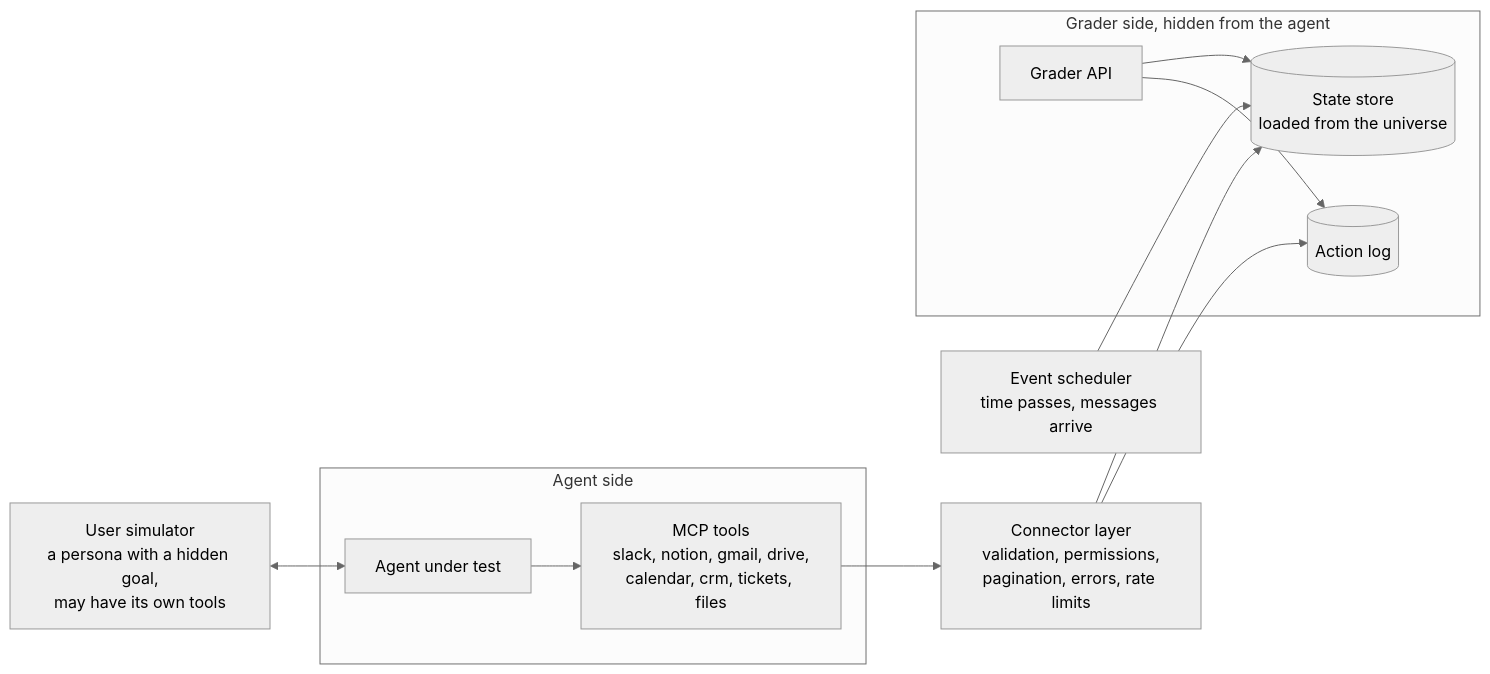
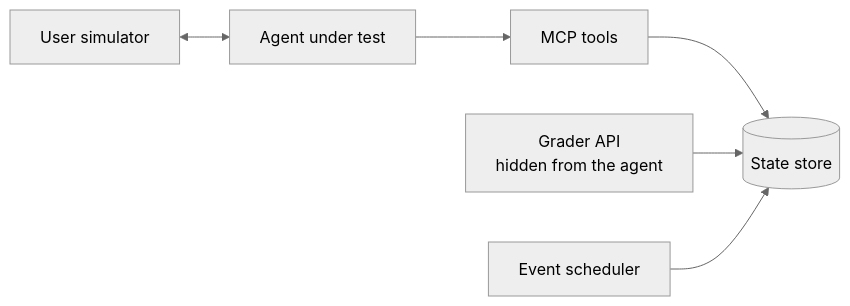
Before and after one commit to nbdesai1992/orbifex: the sixth of 10 diagrams in README.md, drawn with Mermaid (neutral theme). The commit also changed other lines of this file and 6 other files, not shown here.

````diff
--- a/README.md
+++ b/README.md
@@ -299,15 +289,8 @@
 ```mermaid
 flowchart LR
-  subgraph AS["Agent side"]
-    AG["Agent under test"] --> MCP["MCP tools<br/>slack, notion, gmail, drive,<br/>calendar, crm, tickets, files"]
-  end
-  MCP --> API["Connector layer<br/>validation, permissions,<br/>pagination, errors, rate limits"]
-  API --> DB[("State store<br/>loaded from the universe")]
-  subgraph GS["Grader side, hidden from the agent"]
-    GR["Grader API"] --> DB
-    GR --> LOG[("Action log")]
-  end
-  API --> LOG
-  USR["User simulator<br/>a persona with a hidden goal,<br/>may have its own tools"] <--> AG
-  EVT["Event scheduler<br/>time passes, messages arrive"] --> DB
+  AG["Agent under test"] --> T["MCP tools"]
+  T --> ST[("State store")]
+  GR["Grader API<br/>hidden from the agent"] --> ST
+  US["User simulator"] <--> AG
+  EV["Event scheduler"] --> ST
 ```
````
